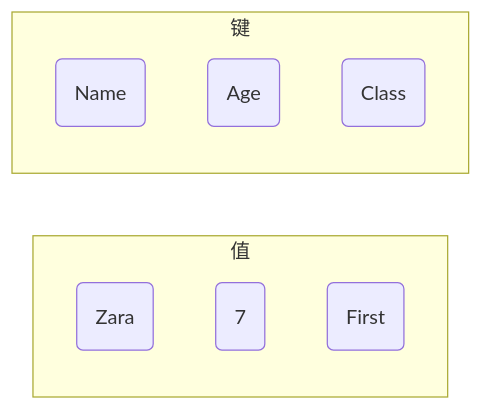
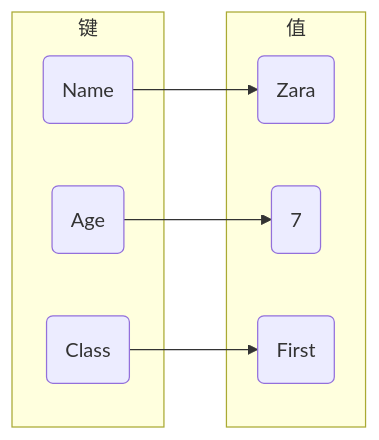
The diagram in _posts/Language/Python/库/模块/2021-12-02-dict.md (dmjcb/dmjcb.github.io), drawn with Mermaid before and after one commit. The commit also changed 30 other files, not shown here.

````diff
--- a/_posts/Language/Python/库/模块/2021-12-02-dict.md
+++ b/_posts/Language/Python/库/模块/2021-12-02-dict.md
@@ -26,14 +26,18 @@
 ```mermaid
 graph LR;
     subgraph 值
         v1(Zara)
         v2(7)
         v3(First)
     end
 
     subgraph 键
         k1(Name)
         k2(Age)
         k3(Class)
     end
+
+    k1-->v1
+    k2-->v2
+    k3-->v3
 ```
````
